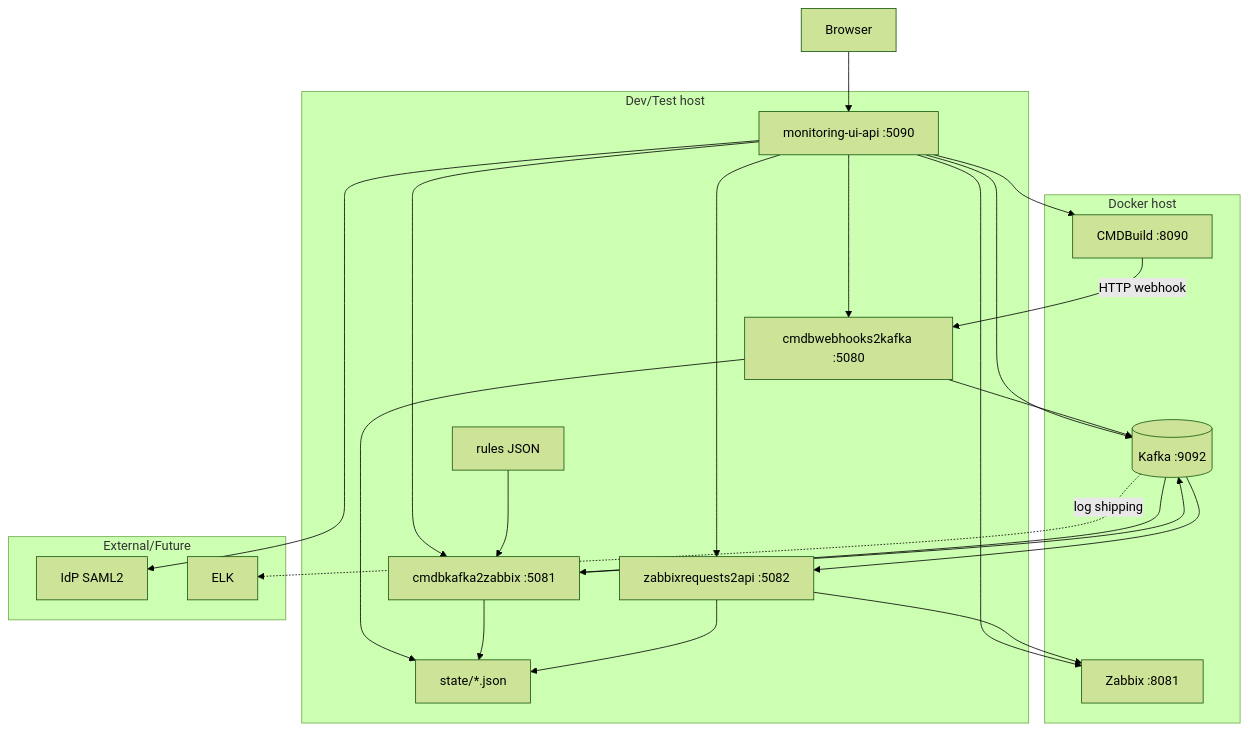
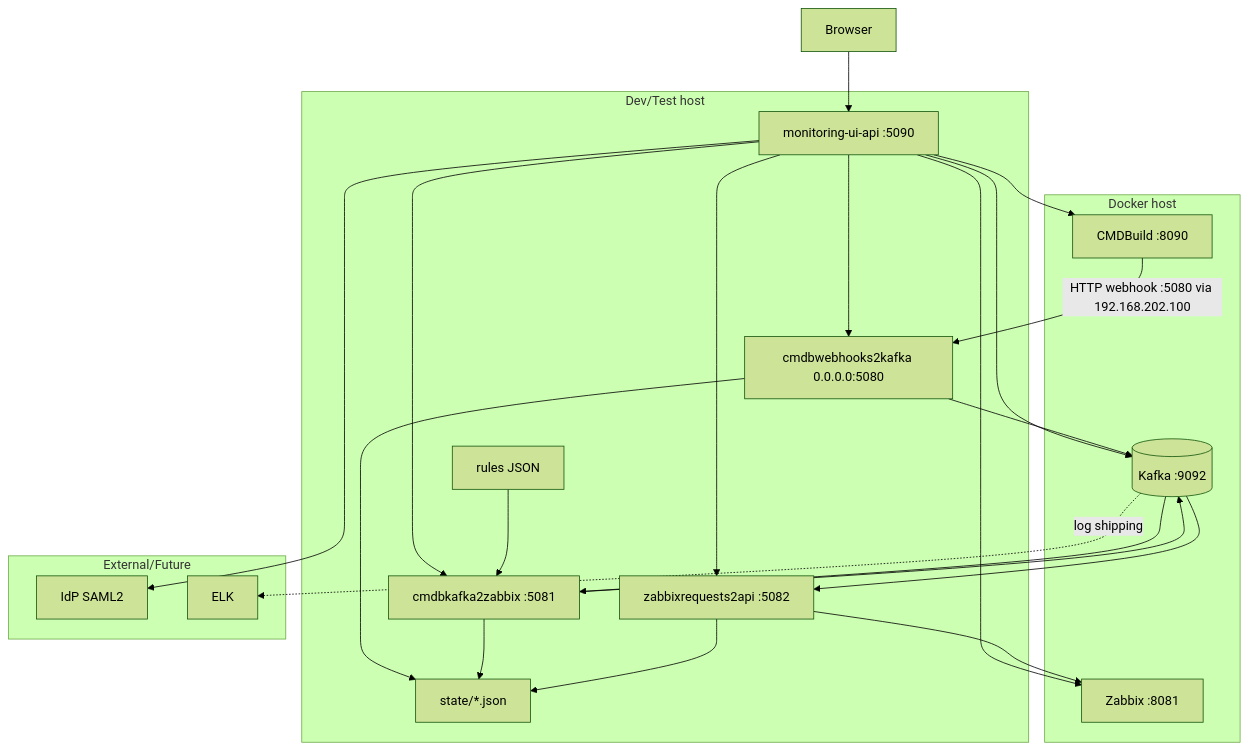
The diagram in aa/deployment-test.mmd (igorlyapin-max/cmdb2monitoring), drawn with Mermaid (forest theme) before and after one commit. The commit also changed 31 other files, not shown here.

```diff
--- a/aa/deployment-test.mmd
+++ b/aa/deployment-test.mmd
@@ -1,40 +1,40 @@
 flowchart TB
     subgraph devhost[Dev/Test host]
         monui[monitoring-ui-api :5090]
-        wh[cmdbwebhooks2kafka :5080]
+        wh[cmdbwebhooks2kafka 0.0.0.0:5080]
         conv[cmdbkafka2zabbix :5081]
         api[zabbixrequests2api :5082]
         rules[rules JSON]
         state[state/*.json]
     end
 
     subgraph docker[Docker host]
         kafka[(Kafka :9092)]
         cmdb[CMDBuild :8090]
         zbx[Zabbix :8081]
     end
 
     subgraph external[External/Future]
         idp[IdP SAML2]
         elk[ELK]
     end
 
     browser[Browser] --> monui
     monui --> idp
     monui --> cmdb
     monui --> zbx
     monui --> kafka
     monui --> wh
     monui --> conv
     monui --> api
-    cmdb -->|HTTP webhook| wh
+    cmdb -->|HTTP webhook :5080 via 192.168.202.100| wh
     wh --> kafka
     kafka --> conv
     rules --> conv
     conv --> kafka
     kafka --> api
     api --> zbx
     wh --> state
     conv --> state
     api --> state
     kafka -. log shipping .-> elk
```
